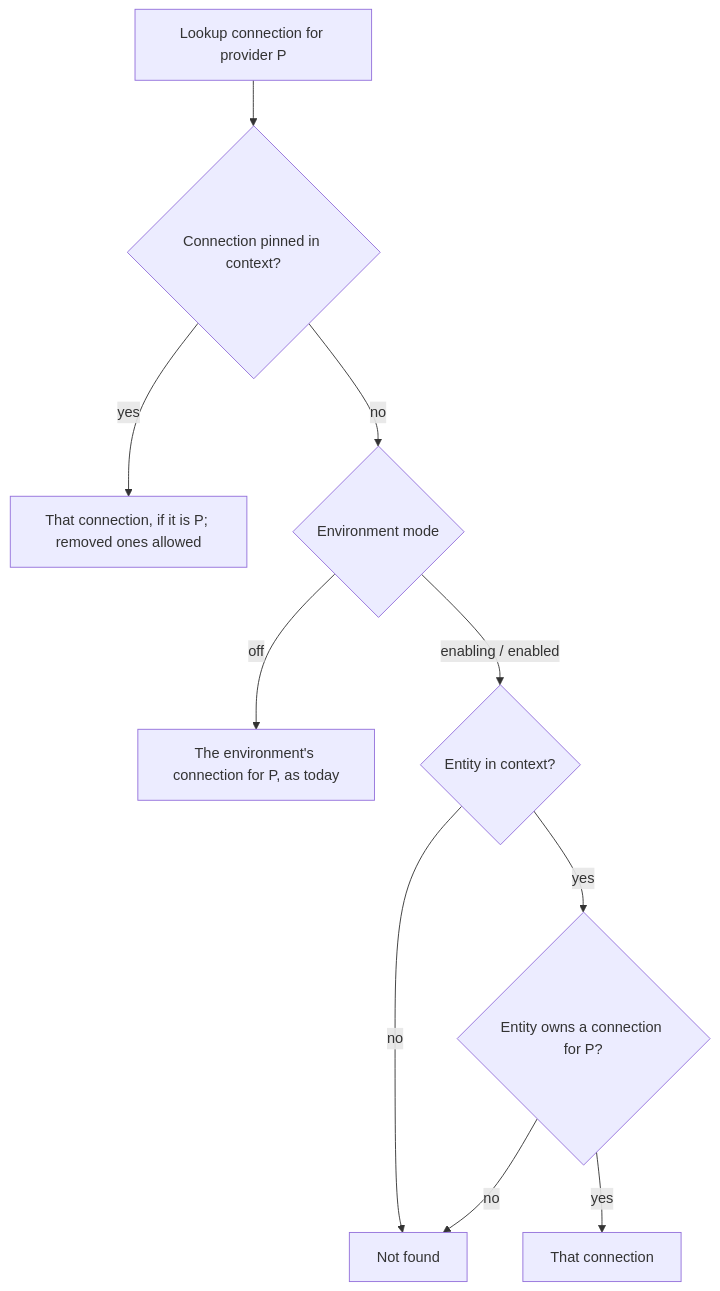
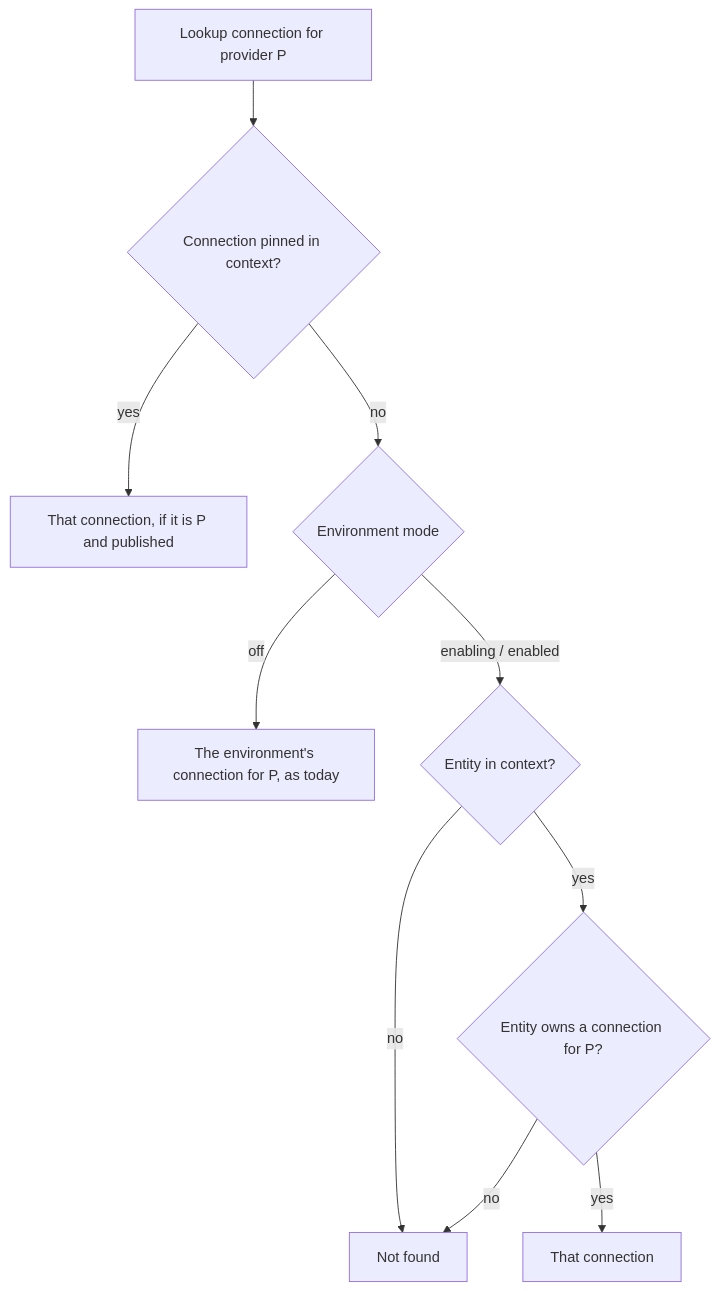
One commit to flexprice/flexprice changed the third of 5 diagrams in docs/design/2026-10-28-billing-entities-p2-erd.md. Above: the diagram before and after it, drawn with Mermaid. The commit also changed other lines of this file and 11 other files, not shown here.

````diff
--- a/docs/design/2026-10-28-billing-entities-p2-erd.md
+++ b/docs/design/2026-10-28-billing-entities-p2-erd.md
@@ -300,12 +300,12 @@
 ```mermaid
 flowchart TD
   L[Lookup connection for provider P] --> W{Connection pinned in context?}
-  W -- yes --> C1[That connection, if it is P; removed ones allowed]
+  W -- yes --> C1[That connection, if it is P and published]
   W -- no --> M{Environment mode}
   M -- off --> C2[The environment's connection for P, as today]
   M -- enabling / enabled --> E{Entity in context?}
   E -- no --> NF[Not found]
   E -- yes --> A{Entity owns a connection for P?}
   A -- yes --> C3[That connection]
   A -- no --> NF
 ```
````
